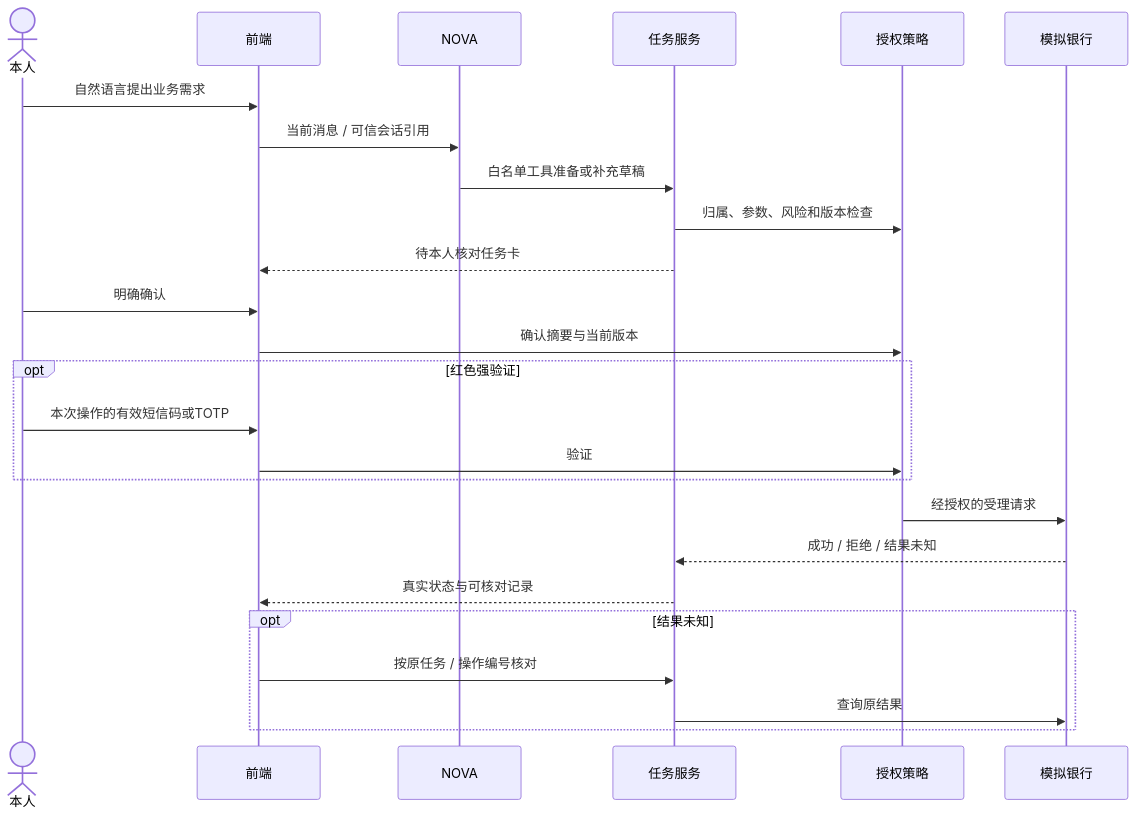
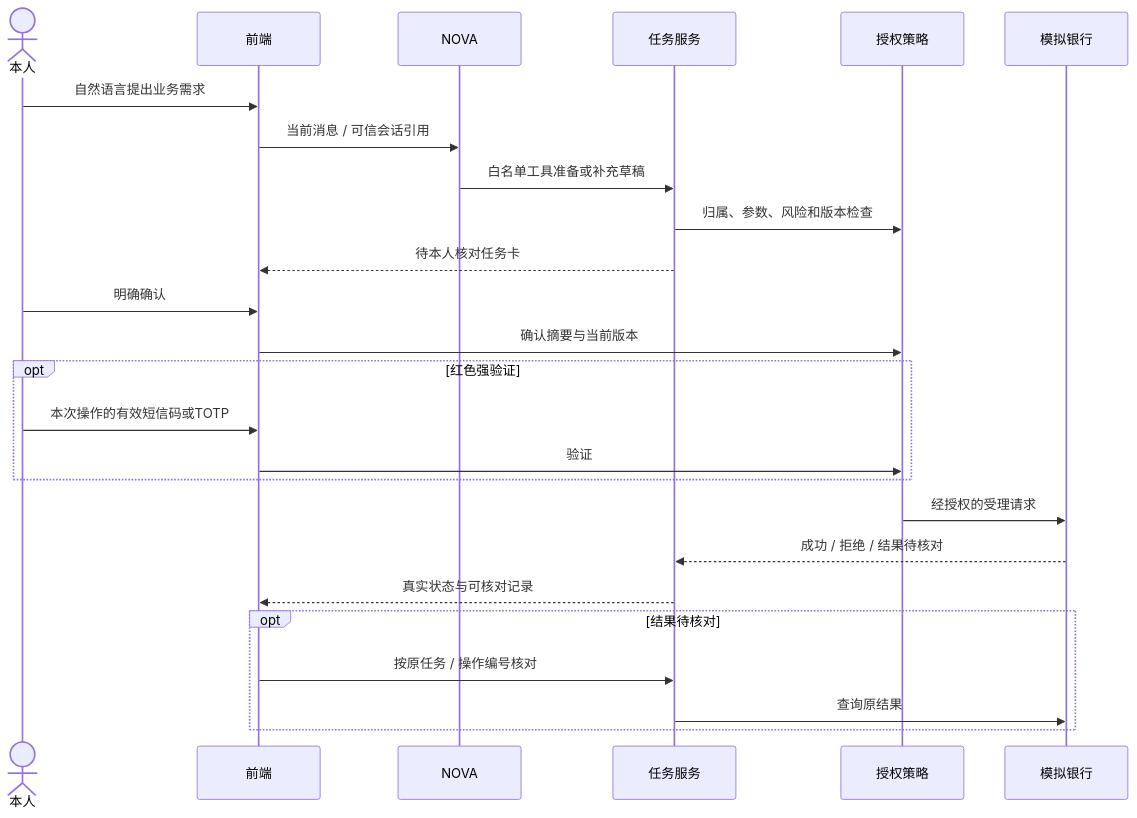
The third of 4 diagrams in 技术文档.md (Stainnifuski/2026-Fintechathon-ai-banking-agent), drawn with Mermaid before and after one commit. The commit also changed other lines of this file and 1 other file, not shown here.

````diff
--- a/技术文档.md
+++ b/技术文档.md
@@ -60,27 +60,27 @@
 ```mermaid
 sequenceDiagram
   actor U as 本人
   participant F as 前端
   participant A as NOVA
   participant T as 任务服务
   participant G as 授权策略
   participant B as 模拟银行
   U->>F: 自然语言提出业务需求
   F->>A: 当前消息 / 可信会话引用
   A->>T: 白名单工具准备或补充草稿
   T->>G: 归属、参数、风险和版本检查
   T-->>F: 待本人核对任务卡
   U->>F: 明确确认
   F->>G: 确认摘要与当前版本
   opt 红色强验证
     U->>F: 本次操作的有效短信码或TOTP
     F->>G: 验证
   end
   G->>B: 经授权的受理请求
-  B-->>T: 成功 / 拒绝 / 结果未知
+  B-->>T: 成功 / 拒绝 / 结果待核对
   T-->>F: 真实状态与可核对记录
-  opt 结果未知
+  opt 结果待核对
     F->>T: 按原任务 / 操作编号核对
     T->>B: 查询原结果
   end
 ```
````
